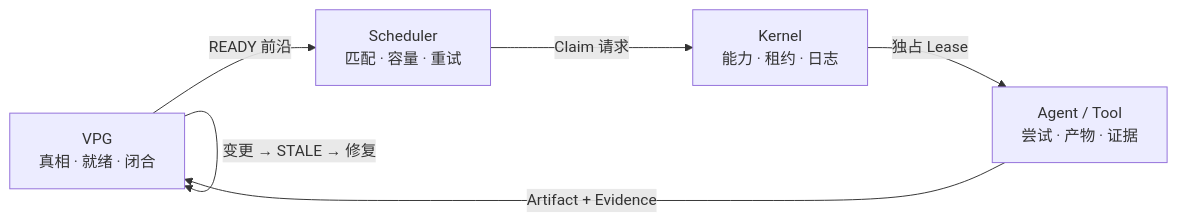
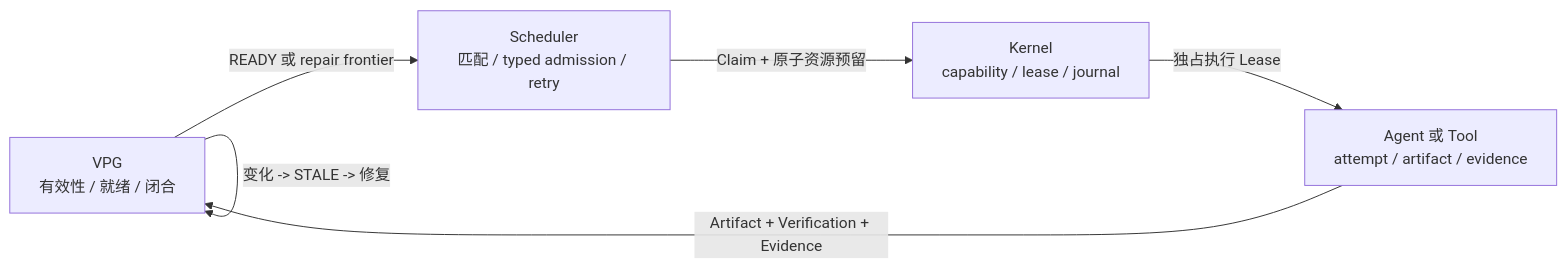
One commit to Yang-Jiashu/LongHorizonOS changed the diagram in README.zh-CN.md. Above: the diagram before and after it, drawn with Mermaid. The commit also changed other lines of this file and 142 other files, not shown here.

First line of the commit message:
feat(core): async worker pool, durable scheduler state, brand assets, and roadmap docs

````diff
--- a/README.zh-CN.md
+++ b/README.zh-CN.md
@@ -40,13 +113,13 @@
 ```mermaid
 flowchart LR
-    V["VPG<br/>真相 · 就绪 · 闭合"]
-    S["Scheduler<br/>匹配 · 容量 · 重试"]
-    K["Kernel<br/>能力 · 租约 · 日志"]
-    A["Agent / Tool<br/>尝试 · 产物 · 证据"]
+    V["VPG<br/>有效性 / 就绪 / 闭合"]
+    S["Scheduler<br/>匹配 / typed admission / retry"]
+    K["Kernel<br/>capability / lease / journal"]
+    A["Agent 或 Tool<br/>attempt / artifact / evidence"]
 
-    V -->|"READY 前沿"| S
-    S -->|"Claim 请求"| K
-    K -->|"独占 Lease"| A
-    A -->|"Artifact + Evidence"| V
-    V -->|"变更 → STALE → 修复"| V
+    V -->|"READY 或 repair frontier"| S
+    S -->|"Claim + 原子资源预留"| K
+    K -->|"独占执行 Lease"| A
+    A -->|"Artifact + Verification + Evidence"| V
+    V -->|"变化 -> STALE -> 修复"| V
 ```
````
